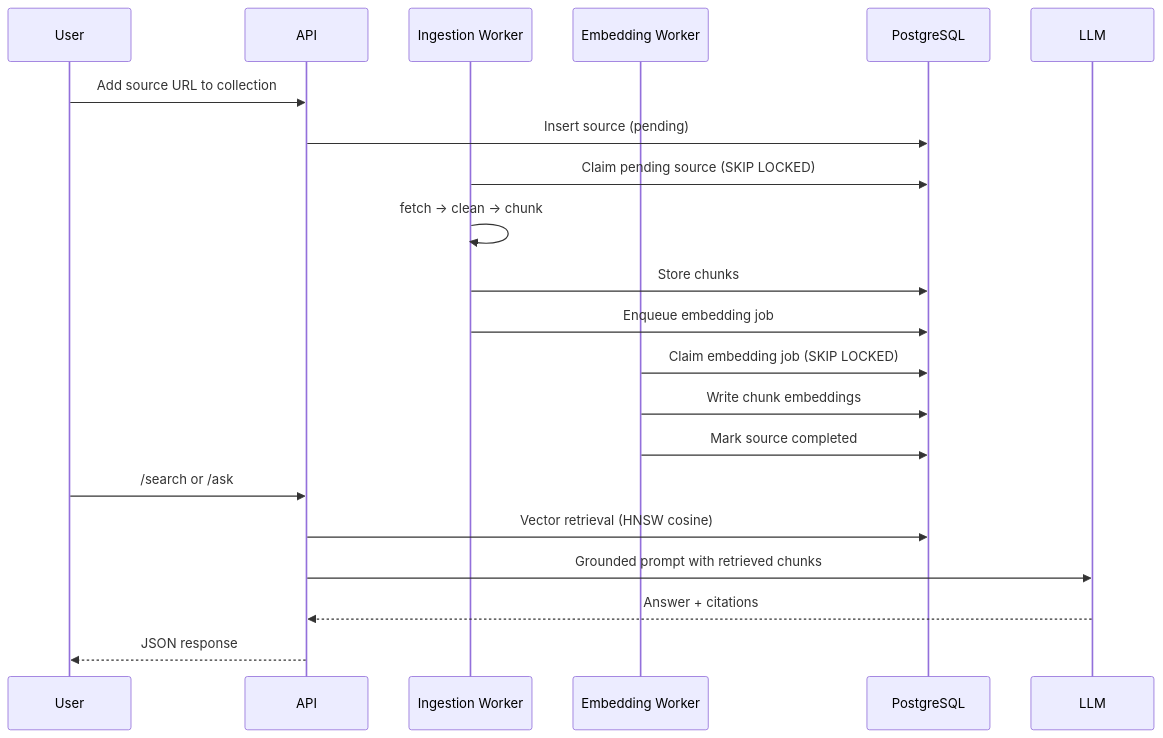
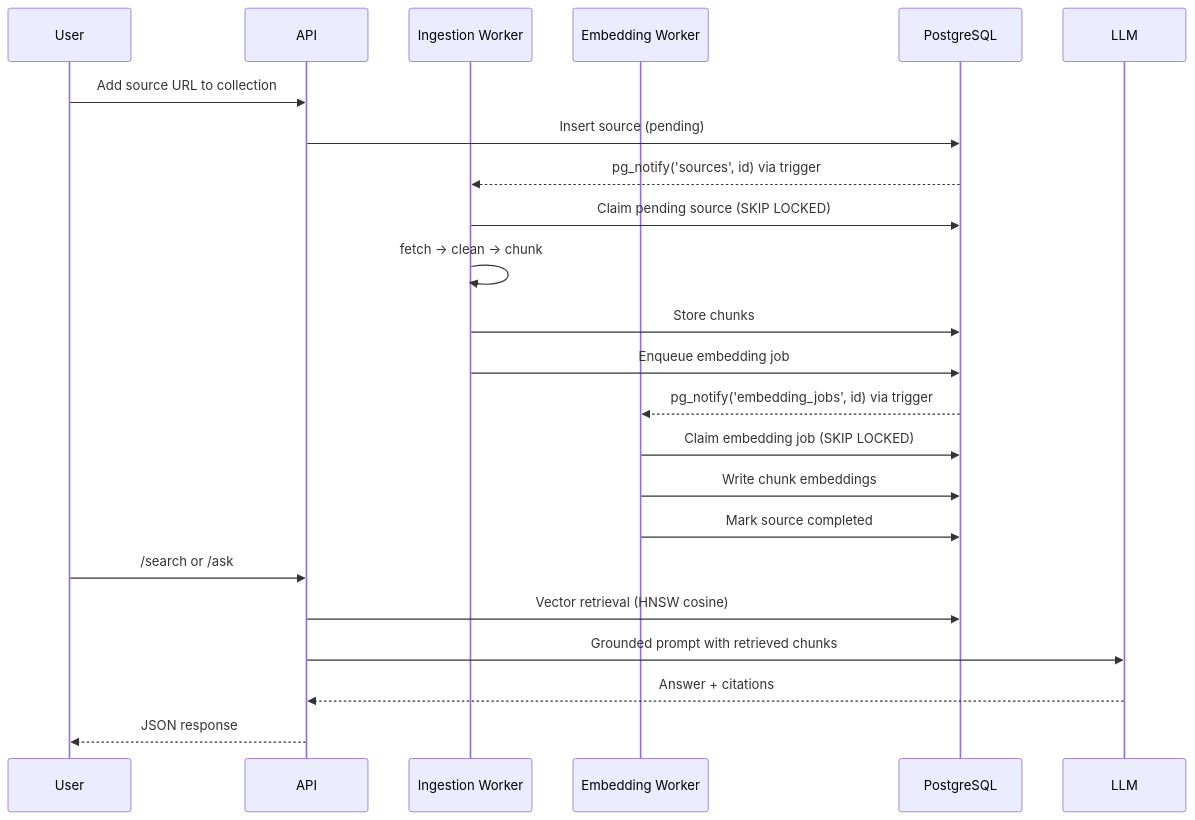
The second of 2 diagrams in README.md (si-Alif/summerizer), drawn with Mermaid before and after one commit. The commit also changed other lines of this file, not shown here.

Commit message:
fix: update README for clarity and accuracy in system architecture and design rationale

````diff
--- a/README.md
+++ b/README.md
@@ -67,25 +59,27 @@
 ```mermaid
 sequenceDiagram
     participant U as User
     participant API as API
     participant IW as Ingestion Worker
     participant EW as Embedding Worker
     participant DB as PostgreSQL
     participant LLM as LLM
 
     U->>API: Add source URL to collection
     API->>DB: Insert source (pending)
+    DB-->>IW: pg_notify('sources', id) via trigger
     IW->>DB: Claim pending source (SKIP LOCKED)
-    IW->>IW: fetch → clean → chunk
+    IW->>IW: fetch -> clean -> chunk
     IW->>DB: Store chunks
     IW->>DB: Enqueue embedding job
+    DB-->>EW: pg_notify('embedding_jobs', id) via trigger
     EW->>DB: Claim embedding job (SKIP LOCKED)
     EW->>DB: Write chunk embeddings
     EW->>DB: Mark source completed
 
     U->>API: /search or /ask
     API->>DB: Vector retrieval (HNSW cosine)
     API->>LLM: Grounded prompt with retrieved chunks
     LLM-->>API: Answer + citations
     API-->>U: JSON response
 ```
````
